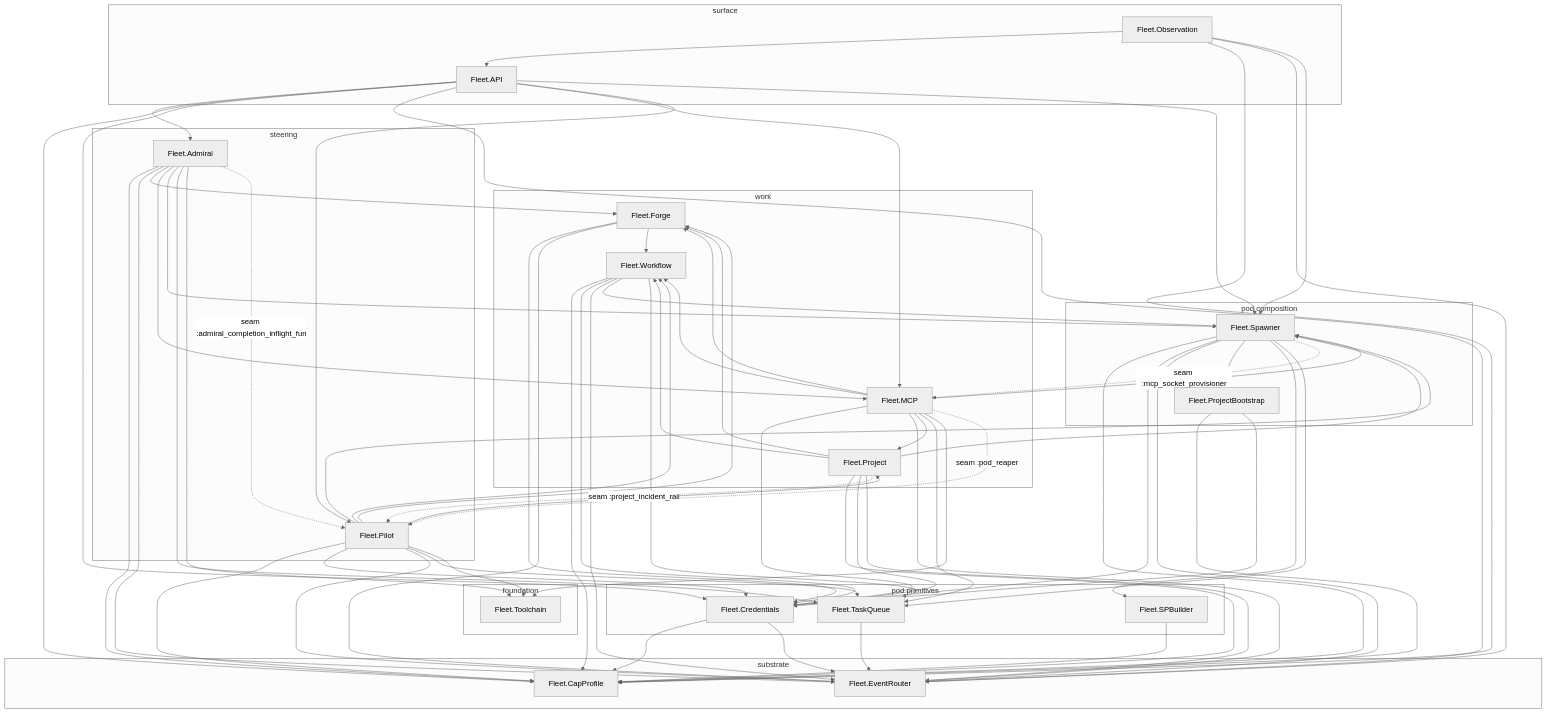
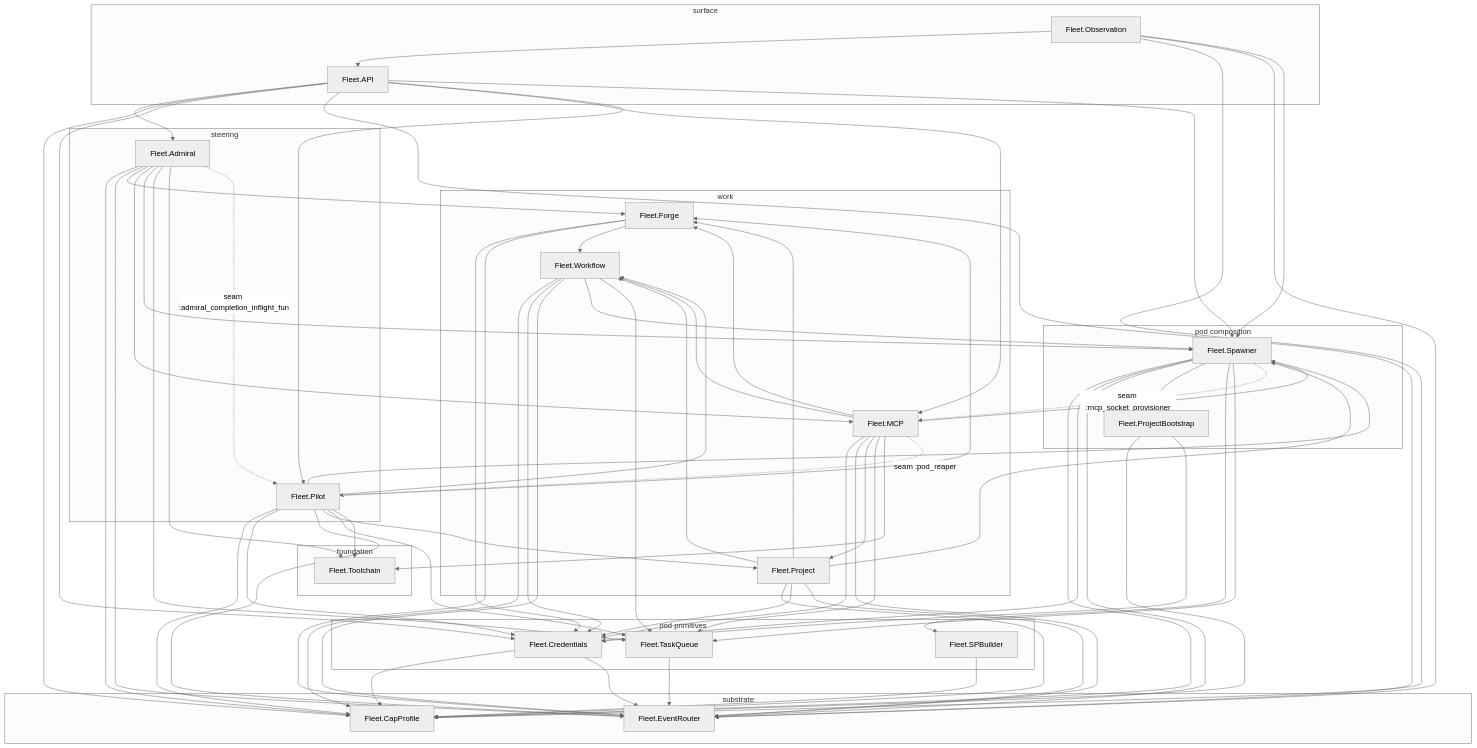
Before and after one commit to zUrp-Embedded/LCARS-fleet: the diagram in fleet/README.md, drawn with Mermaid (neutral theme). The commit also changed 10 other files, not shown here.

````diff
--- a/fleet/README.md
+++ b/fleet/README.md
@@ -123,5 +123,4 @@
     Fleet_Spawner -. "seam :mcp_socket_provisioner" .-> Fleet_MCP
     Fleet_MCP -. "seam :pod_reaper" .-> Fleet_Pilot
     Fleet_Admiral -. "seam :admiral_completion_inflight_fun" .-> Fleet_Pilot
-    Fleet_Project -. "seam :project_incident_rail" .-> Fleet_Pilot
 ```
````
